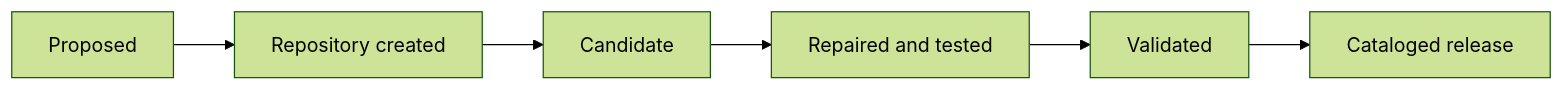
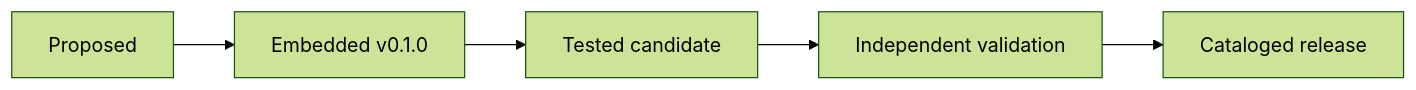
One commit to swl126/ai-skills changed the first of 2 diagrams in README.md. Above: the diagram before and after it, drawn with Mermaid (forest theme). The commit also changed other lines of this file, not shown here.

Commit message:
Clarify embedded skill ingestion and repository architecture

````diff
--- a/README.md
+++ b/README.md
@@ -88,8 +113,7 @@
 ```mermaid
 flowchart LR
-    P["Proposed"] --> R["Repository created"]
-    R --> C["Candidate"]
-    C --> T["Repaired and tested"]
-    T --> V["Validated"]
+    P["Proposed"] --> E["Embedded v0.1.0"]
+    E --> T["Tested candidate"]
+    T --> V["Independent validation"]
     V --> G["Cataloged release"]
 ```
````
